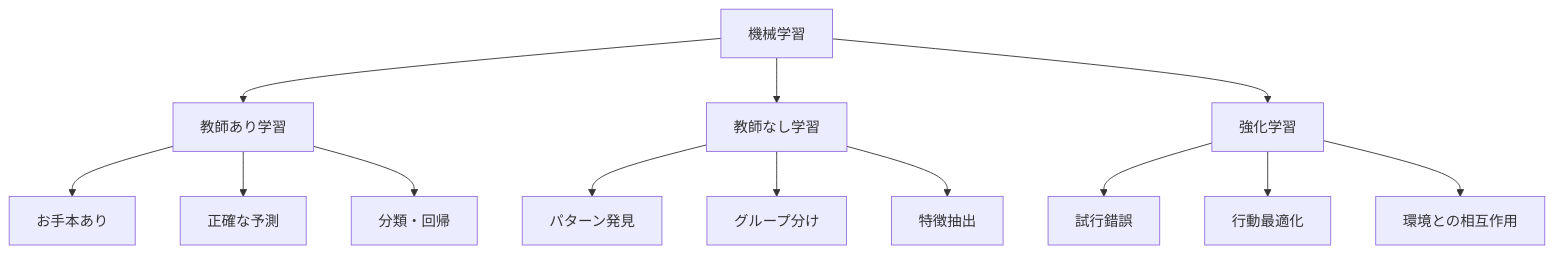
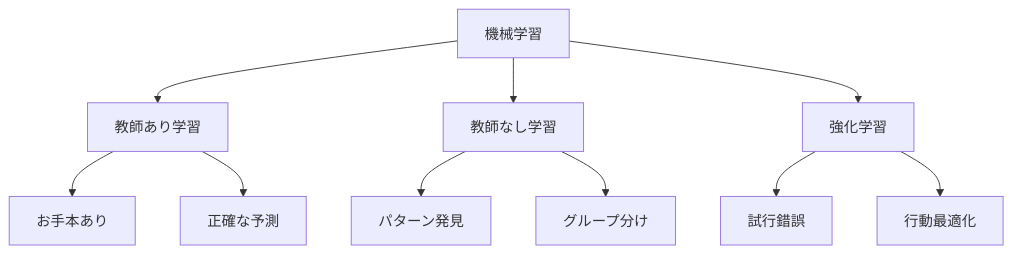
The diagram in docs/AI/100_入門_機械学習の学び方.md (haruka-aibara/haruka-aibara), drawn with Mermaid before and after one commit. The commit also changed other lines of this file and 34 other files, not shown here.

````diff
--- a/docs/AI/100_入門_機械学習の学び方.md
+++ b/docs/AI/100_入門_機械学習の学び方.md
@@ -73,18 +55,15 @@
 ```mermaid
 graph TD
     A[機械学習] --> B[教師あり学習]
     A --> C[教師なし学習]
     A --> D[強化学習]
     
     B --> B1[お手本あり]
     B --> B2[正確な予測]
-    B --> B3[分類・回帰]
     
     C --> C1[パターン発見]
     C --> C2[グループ分け]
-    C --> C3[特徴抽出]
     
     D --> D1[試行錯誤]
     D --> D2[行動最適化]
-    D --> D3[環境との相互作用]
 ```
````
